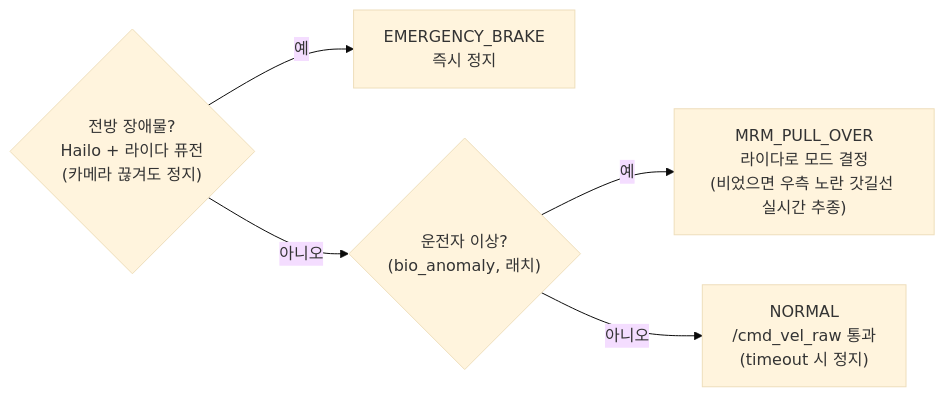
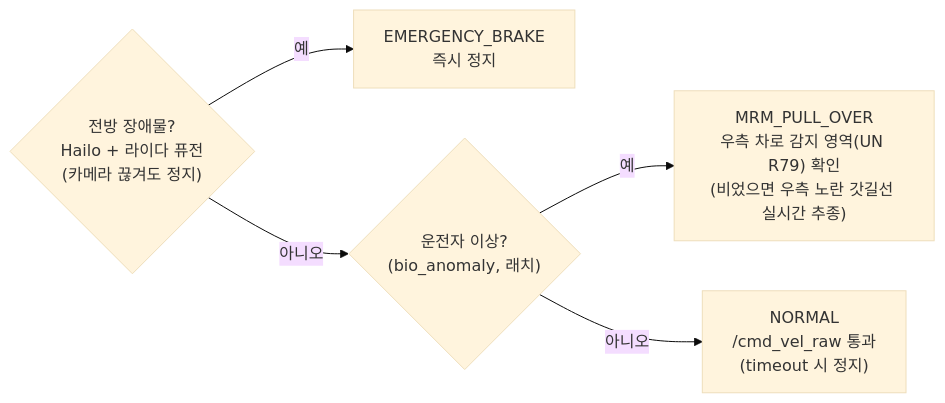
Before and after one commit to seungwp/2026_CDP: the second of 2 diagrams in README.md, drawn with Mermaid (base theme). The commit also changed other lines of this file and 6 other files, not shown here.

````diff
--- a/README.md
+++ b/README.md
@@ -117,7 +117,7 @@
 ```mermaid
 flowchart LR
     A{"전방 장애물?<br/>Hailo + 라이다 퓨전<br/>(카메라 끊겨도 정지)"} -- 예 --> E["EMERGENCY_BRAKE<br/>즉시 정지"]
     A -- 아니오 --> B{"운전자 이상?<br/>(bio_anomaly, 래치)"}
-    B -- 예 --> M["MRM_PULL_OVER<br/>라이다로 모드 결정<br/>(비었으면 우측 노란 갓길선 실시간 추종)"]
+    B -- 예 --> M["MRM_PULL_OVER<br/>우측 차로 감지 영역(UN R79) 확인<br/>(비었으면 우측 노란 갓길선 실시간 추종)"]
     B -- 아니오 --> N["NORMAL<br/>/cmd_vel_raw 통과<br/>(timeout 시 정지)"]
 ```
````
